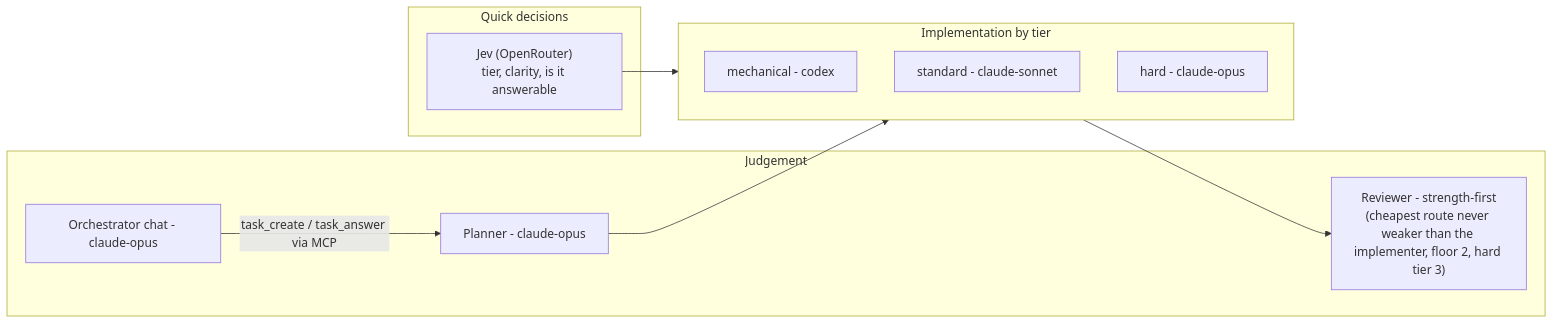
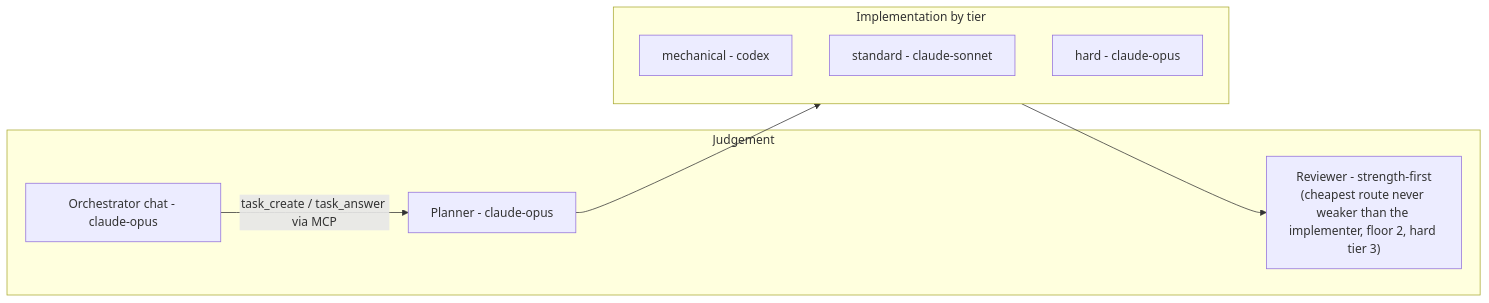
The fifth of 7 diagrams in docs/architecture.md (sushi-killer/sushiAI), drawn with Mermaid before and after one commit. The commit also changed other lines of this file and 47 other files, not shown here.

````diff
--- a/docs/architecture.md
+++ b/docs/architecture.md
@@ -241,20 +239,16 @@
 ```mermaid
 flowchart LR
-  subgraph cheap["Quick decisions"]
-    jev["Jev (OpenRouter)<br/>tier, clarity, is it answerable"]
-  end
   subgraph strong["Judgement"]
     planner["Planner - claude-opus"]
     reviewerR["Reviewer - strength-first<br/>(cheapest route never weaker than the implementer, floor 2, hard tier 3)"]
     orch["Orchestrator chat - claude-opus"]
   end
   subgraph work["Implementation by tier"]
     mech["mechanical - codex"]
     std["standard - claude-sonnet"]
     hard["hard - claude-opus"]
   end
-  jev --> work
   planner --> work
   work --> reviewerR
   orch -->|task_create / task_answer via MCP| planner
 ```
````
